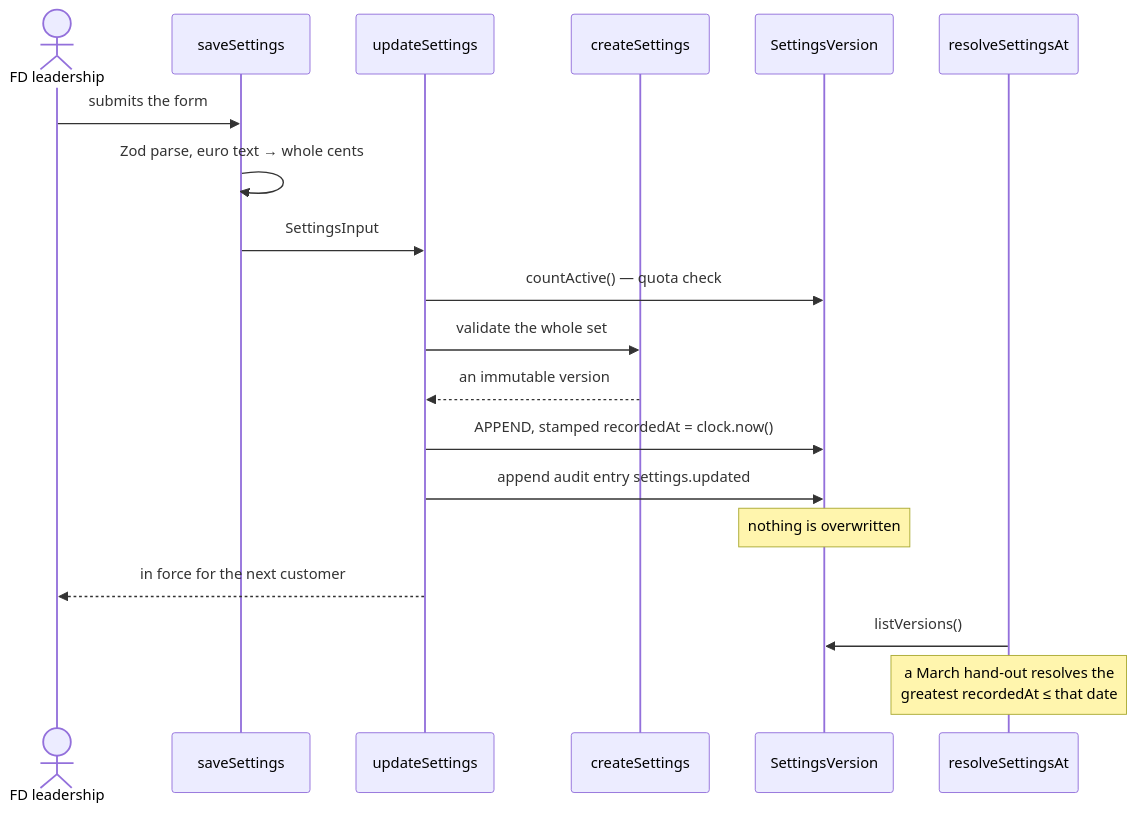
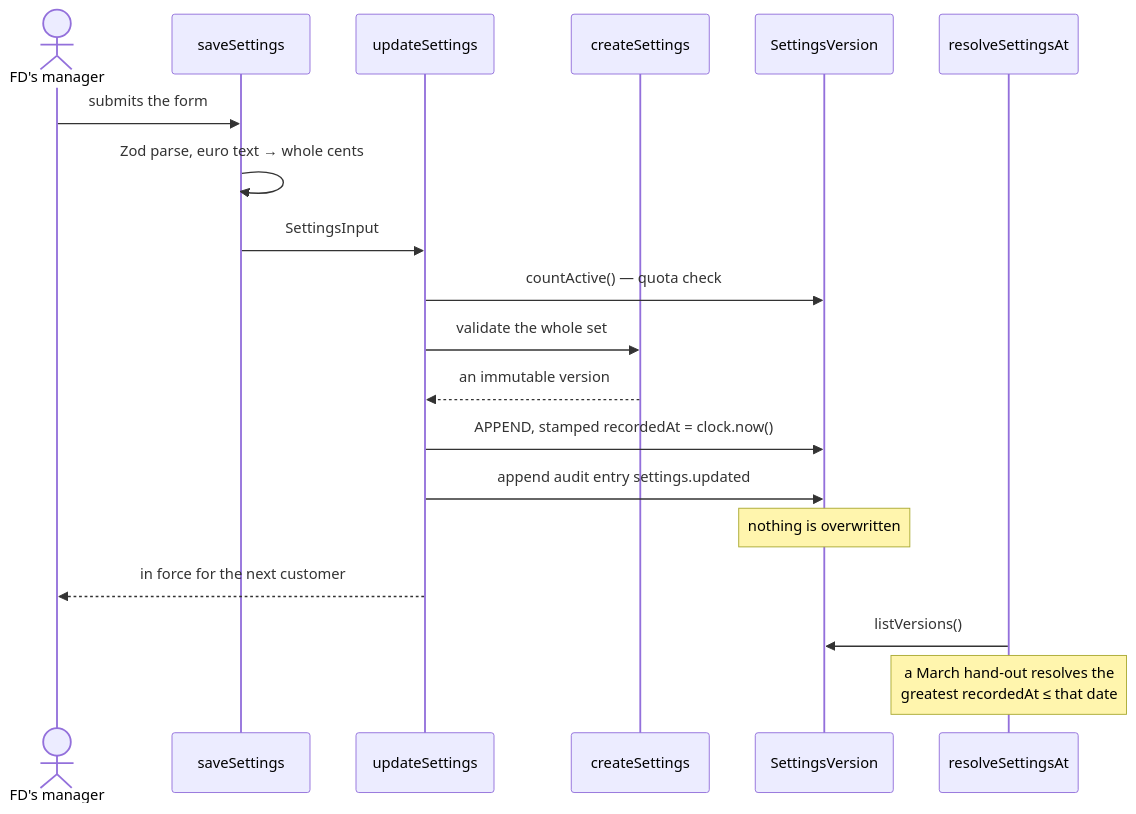
One commit to Lin0pan/FD-management changed the third of 4 diagrams in docs/architecture/06-runtime-view.md. Above: the diagram before and after it, drawn with Mermaid. The commit also changed other lines of this file and 18 other files, not shown here.

First line of the commit message:
docs(architecture): correct the figures, the roles and the requirements source

````diff
--- a/docs/architecture/06-runtime-view.md
+++ b/docs/architecture/06-runtime-view.md
@@ -102,23 +102,23 @@
 ```mermaid
 sequenceDiagram
-    actor Lead as FD leadership
+    actor Lead as FD's manager
     participant Action as saveSettings
     participant Update as updateSettings
     participant Factory as createSettings
     participant DB as SettingsVersion
 
     Lead->>Action: submits the form
     Action->>Action: Zod parse, euro text → whole cents
     Action->>Update: SettingsInput
     Update->>DB: countActive() — quota check
     Update->>Factory: validate the whole set
     Factory-->>Update: an immutable version
     Update->>DB: APPEND, stamped recordedAt = clock.now()
     Update->>DB: append audit entry settings.updated
     Note over DB: nothing is overwritten
     Update-->>Lead: in force for the next customer
 
     participant Resolve as resolveSettingsAt
     Resolve->>DB: listVersions()
     Note over Resolve: a March hand-out resolves the<br/>greatest recordedAt ≤ that date
 ```
````
